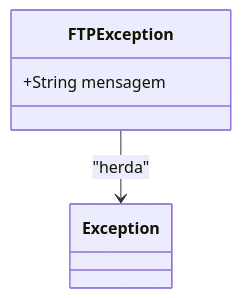
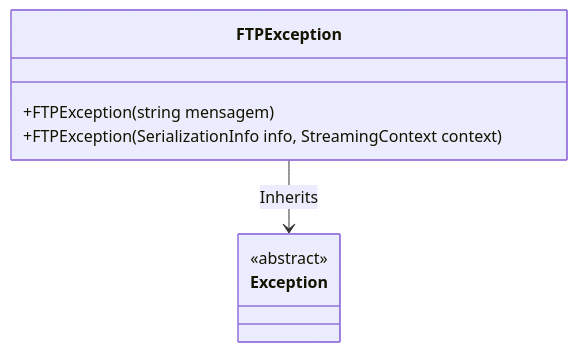
The diagram in docs/b2b-dominio/IsthmusWinthor.Nucleo/IsthmusWinthor.Dominio/Exceptions/FTP/FTPException.md (IsthmusSistemas/documentacao-tecnica), drawn with Mermaid before and after one commit. The commit also changed other lines of this file and 882 other files, not shown here.

````diff
--- a/docs/b2b-dominio/IsthmusWinthor.Nucleo/IsthmusWinthor.Dominio/Exceptions/FTP/FTPException.md
+++ b/docs/b2b-dominio/IsthmusWinthor.Nucleo/IsthmusWinthor.Dominio/Exceptions/FTP/FTPException.md
@@ -29,7 +25,11 @@
 ```mermaid
 classDiagram
     class FTPException {
-        +String mensagem
+        +FTPException(string mensagem)
+        +FTPException(SerializationInfo info, StreamingContext context)
     }
-    FTPException --> Exception : "herda"
-``` 
+    class Exception {
+        <<abstract>>
+    }
+    FTPException --> Exception : Inherits
+```
````
